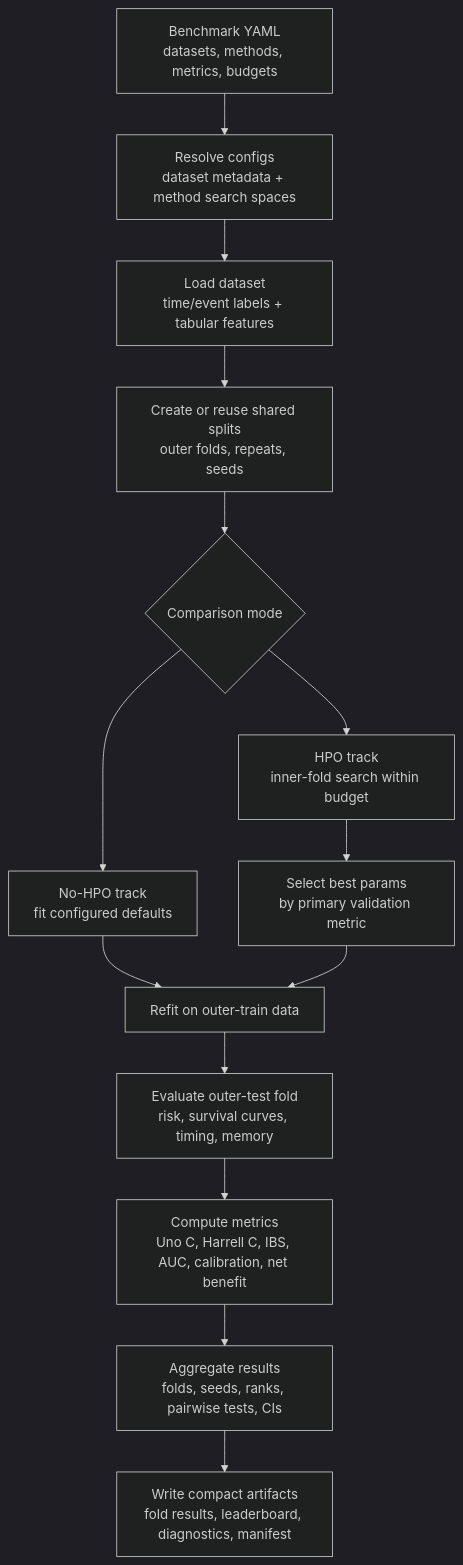
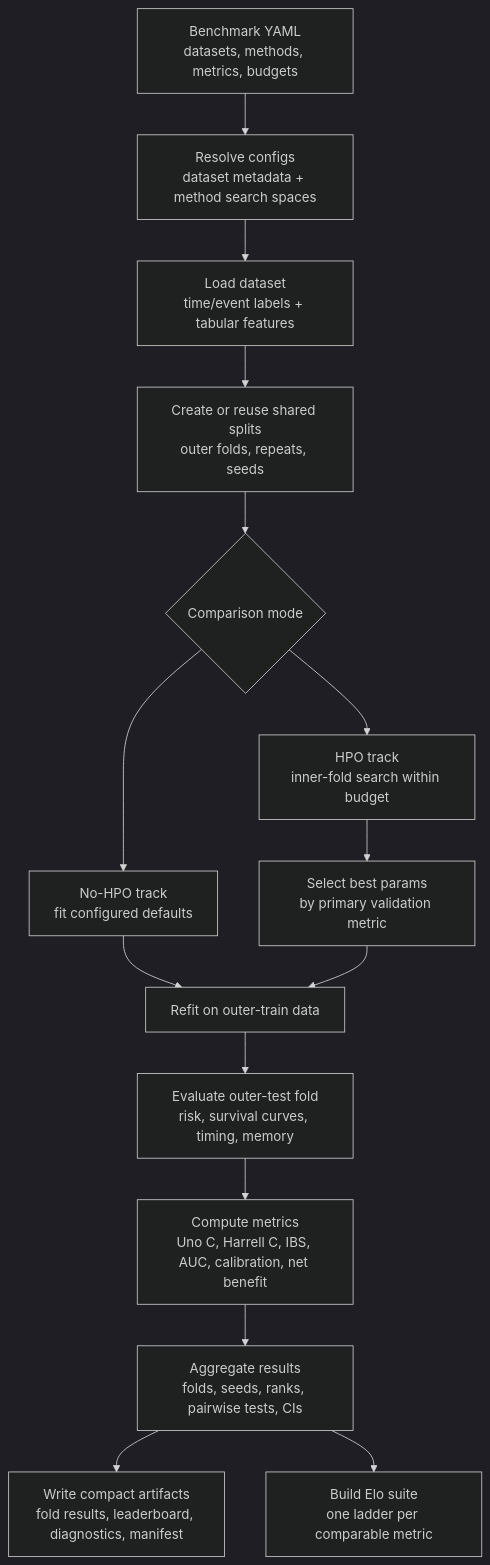
The diagram in docs/benchmarking_workflow.md (MasalaKimchi/SurvArena), drawn with Mermaid (dark theme) before and after one commit. The commit also changed other lines of this file and 27 other files, not shown here.

Commit message:
Build metric-suite Elo reports and update manuscript docs

````diff
--- a/docs/benchmarking_workflow.md
+++ b/docs/benchmarking_workflow.md
@@ -10,16 +10,17 @@
 ```mermaid
 flowchart TD
     A["Benchmark YAML<br/>datasets, methods, metrics, budgets"] --> B["Resolve configs<br/>dataset metadata + method search spaces"]
     B --> C["Load dataset<br/>time/event labels + tabular features"]
     C --> D["Create or reuse shared splits<br/>outer folds, repeats, seeds"]
     D --> E{"Comparison mode"}
     E --> F["No-HPO track<br/>fit configured defaults"]
     E --> G["HPO track<br/>inner-fold search within budget"]
     G --> H["Select best params<br/>by primary validation metric"]
     F --> I["Refit on outer-train data"]
     H --> I
     I --> J["Evaluate outer-test fold<br/>risk, survival curves, timing, memory"]
     J --> K["Compute metrics<br/>Uno C, Harrell C, IBS, AUC, calibration, net benefit"]
     K --> L["Aggregate results<br/>folds, seeds, ranks, pairwise tests, CIs"]
     L --> M["Write compact artifacts<br/>fold results, leaderboard, diagnostics, manifest"]
+    L --> N["Build Elo suite<br/>one ladder per comparable metric"]
 ```
````
